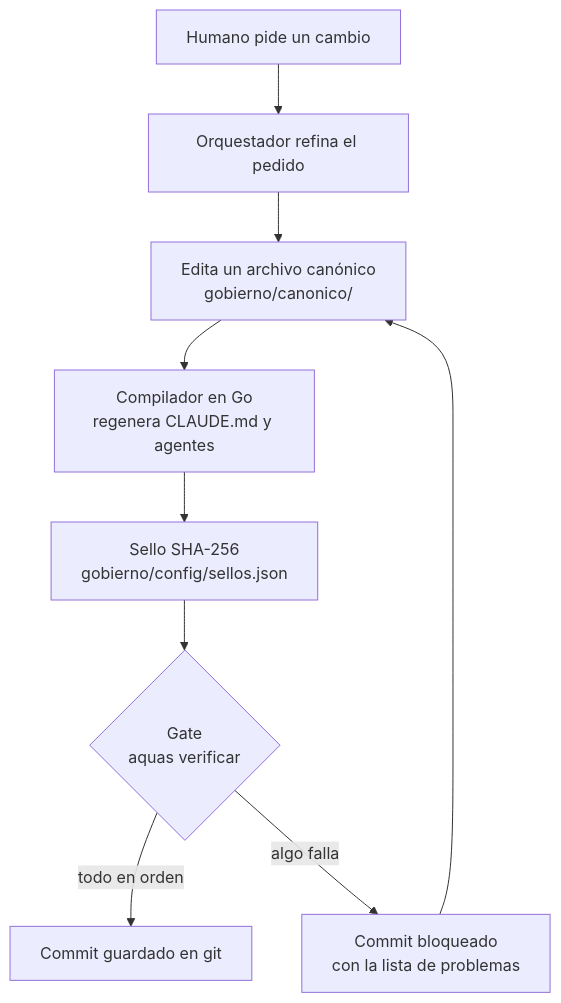
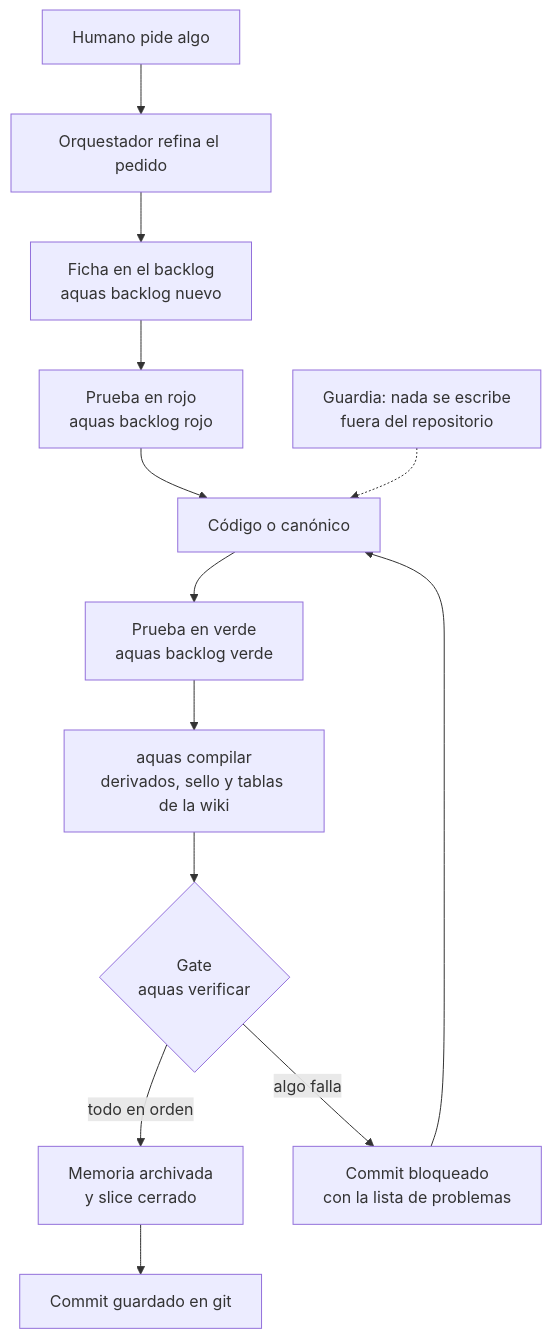
The diagram in docs/README.md (jliberal-aquas/aquas-central-harness-government), drawn with Mermaid before and after one commit. The commit also changed other lines of this file and 42 other files, not shown here.

````diff
--- a/docs/README.md
+++ b/docs/README.md
@@ -39,11 +39,15 @@
 ```mermaid
 flowchart TD
-    H["Humano pide un cambio"] --> O["Orquestador refina el pedido"]
-    O --> C["Edita un archivo canónico<br/>gobierno/canonico/"]
-    C --> K["Compilador en Go<br/>regenera CLAUDE.md y agentes"]
-    K --> S["Sello SHA-256<br/>gobierno/config/sellos.json"]
-    S --> G{"Gate<br/>aquas verificar"}
-    G -- "todo en orden" --> OK["Commit guardado en git"]
+    H["Humano pide algo"] --> O["Orquestador refina el pedido"]
+    O --> B["Ficha en el backlog<br/>aquas backlog nuevo"]
+    B --> R["Prueba en rojo<br/>aquas backlog rojo"]
+    R --> C["Código o canónico"]
+    C --> V["Prueba en verde<br/>aquas backlog verde"]
+    V --> K["aquas compilar<br/>derivados, sello y tablas de la wiki"]
+    K --> G{"Gate<br/>aquas verificar"}
+    G -- "todo en orden" --> M["Memoria archivada<br/>y slice cerrado"]
+    M --> OK["Commit guardado en git"]
     G -- "algo falla" --> X["Commit bloqueado<br/>con la lista de problemas"]
     X --> C
+    W["Guardia: nada se escribe<br/>fuera del repositorio"] -.-> C
 ```
````
